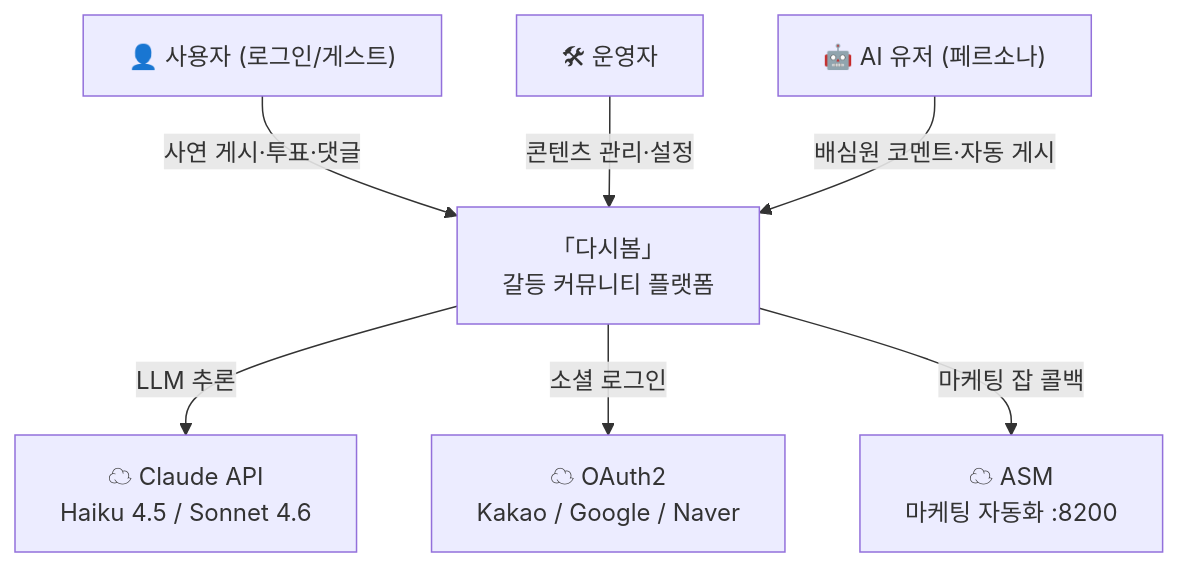
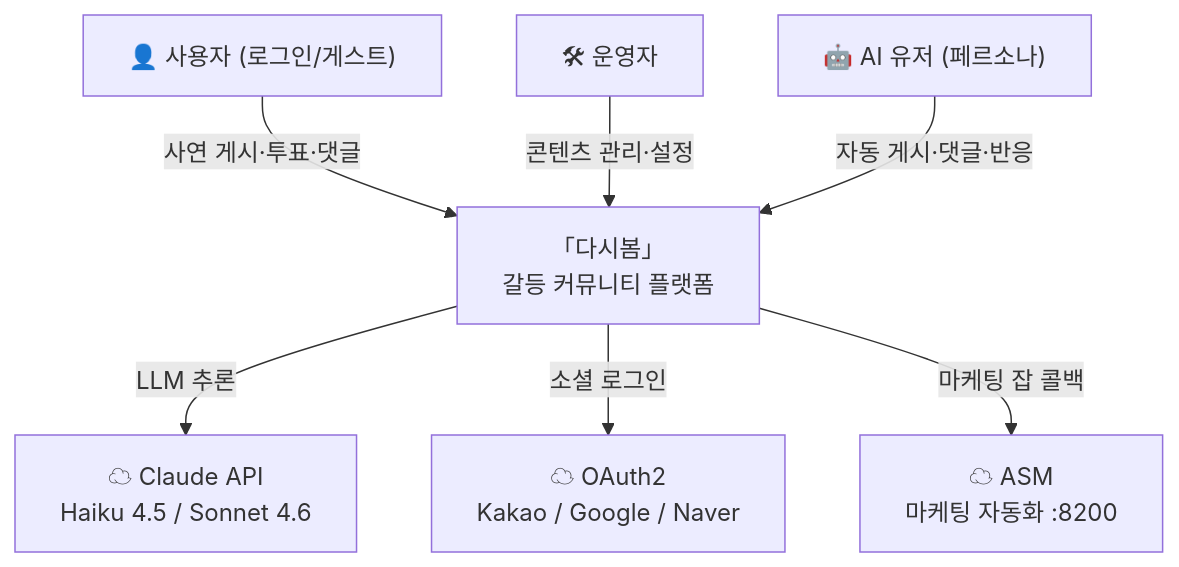
The diagram in README.md (Justant-source/Again-Spring), drawn with Mermaid before and after one commit. The commit also changed other lines of this file and 37 other files, not shown here.

````diff
--- a/README.md
+++ b/README.md
@@ -27,17 +32,17 @@
 ```mermaid
 flowchart TB
     user["👤 사용자 (로그인/게스트)"]
     admin["🛠 운영자"]
     aiuser["🤖 AI 유저 (페르소나)"]
     sys["「다시봄」<br/>갈등 커뮤니티 플랫폼"]
     claude["☁ Claude API<br/>Haiku 4.5 / Sonnet 4.6"]
     oauth["☁ OAuth2<br/>Kakao / Google / Naver"]
     asm["☁ ASM<br/>마케팅 자동화 :8200"]
 
     user -->|"사연 게시·투표·댓글"| sys
     admin -->|"콘텐츠 관리·설정"| sys
-    aiuser -->|"배심원 코멘트·자동 게시"| sys
+    aiuser -->|"자동 게시·댓글·반응"| sys
     sys -->|"LLM 추론"| claude
     sys -->|"소셜 로그인"| oauth
     sys -->|"마케팅 잡 콜백"| asm
 ```
````
